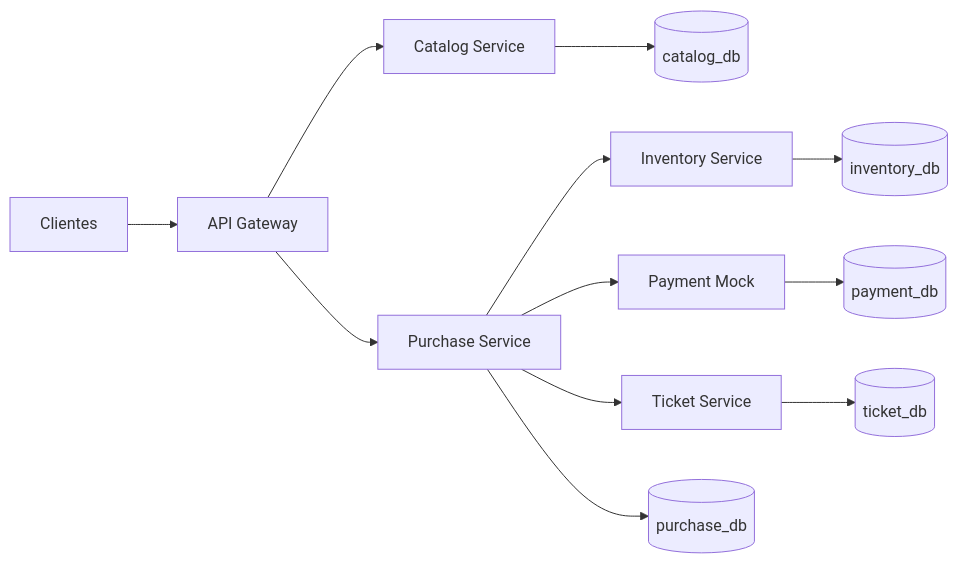
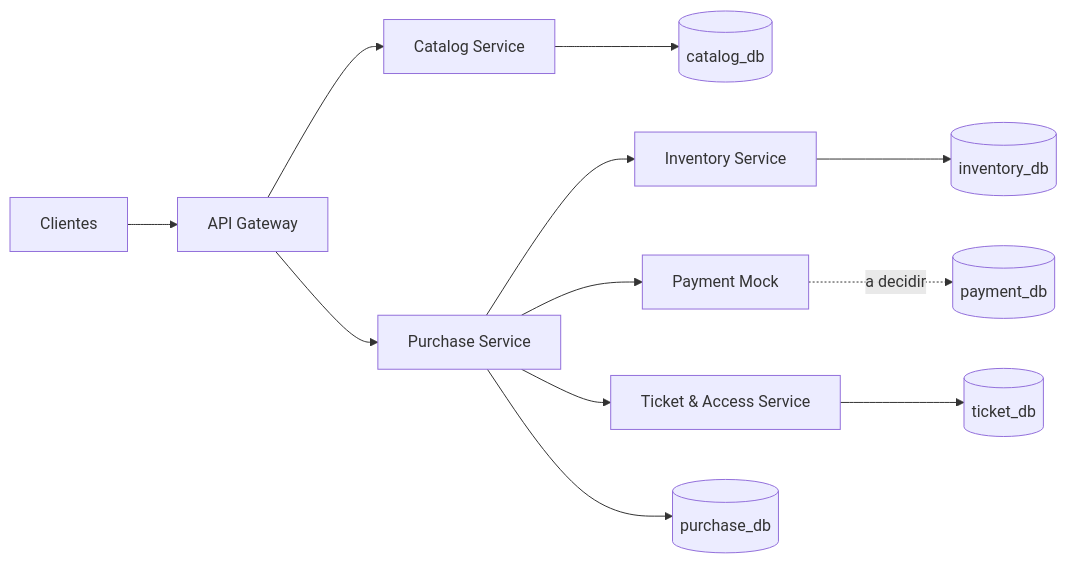
The third of 10 diagrams in ticketya/openspec/changes/establish-ticketya-architecture/design.md (rami-bit/ArquitecturasWeb_TPE), drawn with Mermaid before and after one commit. The commit also changed other lines of this file and 5 other files, not shown here.

Commit message:
docs(architecture): refinar tarea 1.1 con diagramas D1-D5

````diff
--- a/ticketya/openspec/changes/establish-ticketya-architecture/design.md
+++ b/ticketya/openspec/changes/establish-ticketya-architecture/design.md
@@ -133,15 +148,15 @@
 ```mermaid
 flowchart LR
     Apps[Clientes] --> Gateway[API Gateway]
     Gateway --> Catalog[Catalog Service]
     Gateway --> Purchase[Purchase Service]
     Purchase --> Inventory[Inventory Service]
     Purchase --> Payment[Payment Mock]
-    Purchase --> Ticket[Ticket Service]
+    Purchase --> Ticket[Ticket & Access Service]
 
     Catalog --> CatalogDB[(catalog_db)]
     Inventory --> InventoryDB[(inventory_db)]
     Purchase --> PurchaseDB[(purchase_db)]
-    Payment --> PaymentDB[(payment_db)]
+    Payment -. a decidir .-> PaymentDB[(payment_db)]
     Ticket --> TicketDB[(ticket_db)]
 ```
````
